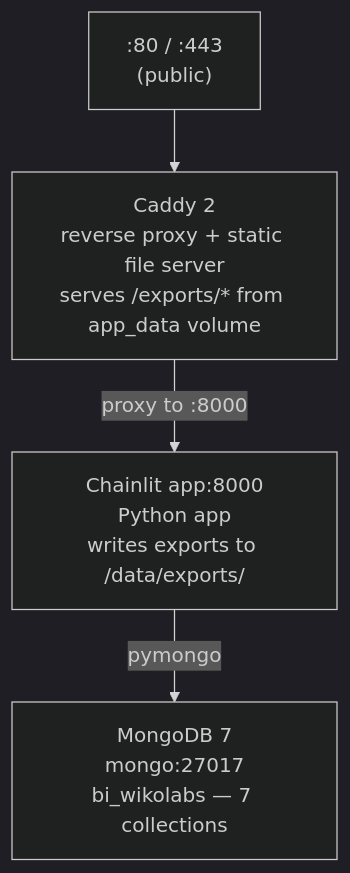
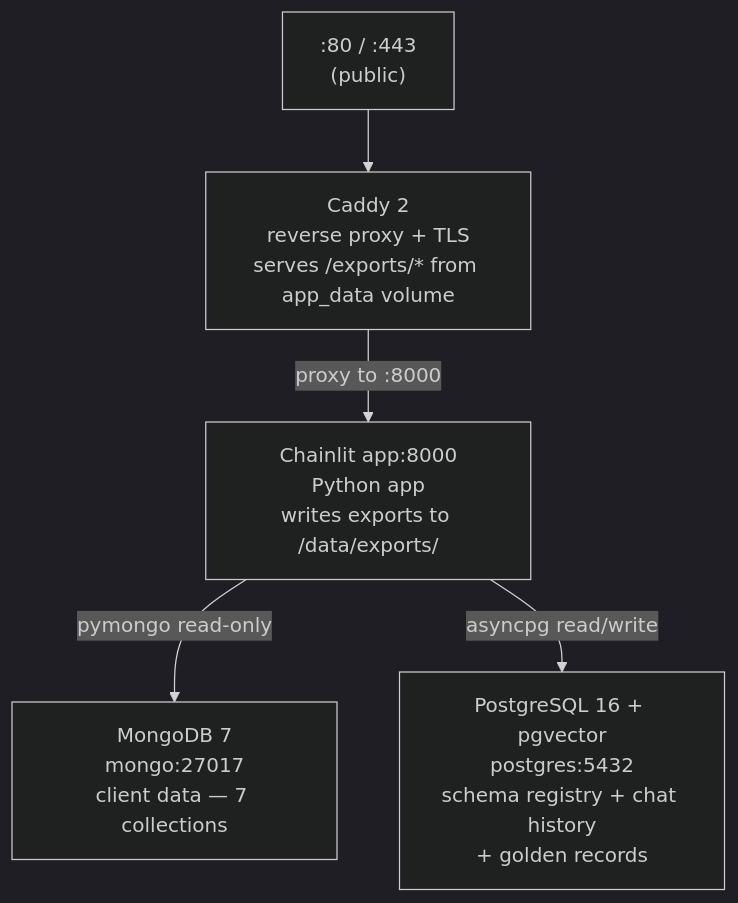
One commit to Wikolabs/bi-wikolabs changed the second of 4 diagrams in README.md. Above: the diagram before and after it, drawn with Mermaid (dark theme). The commit also changed other lines of this file and 1 other file, not shown here.

First line of the commit message:
Fix chat history sidebar: get_thread_author must return identifier not UUID

````diff
--- a/README.md
+++ b/README.md
@@ -69,11 +75,13 @@
 ```mermaid
 flowchart TD
     Internet[":80 / :443\n(public)"]
-    Caddy["Caddy 2\nreverse proxy + static file server\nserves /exports/* from app_data volume"]
+    Caddy["Caddy 2\nreverse proxy + TLS\nserves /exports/* from app_data volume"]
     App["Chainlit app:8000\nPython app\nwrites exports to /data/exports/"]
-    MongoDB["MongoDB 7\nmongo:27017\nbi_wikolabs — 7 collections"]
+    MongoDB["MongoDB 7\nmongo:27017\nclient data — 7 collections"]
+    PG["PostgreSQL 16 + pgvector\npostgres:5432\nschema registry + chat history\n+ golden records"]
 
     Internet --> Caddy
     Caddy -->|"proxy to :8000"| App
-    App -->|pymongo| MongoDB
+    App -->|pymongo read-only| MongoDB
+    App -->|asyncpg read/write| PG
 ```
````
